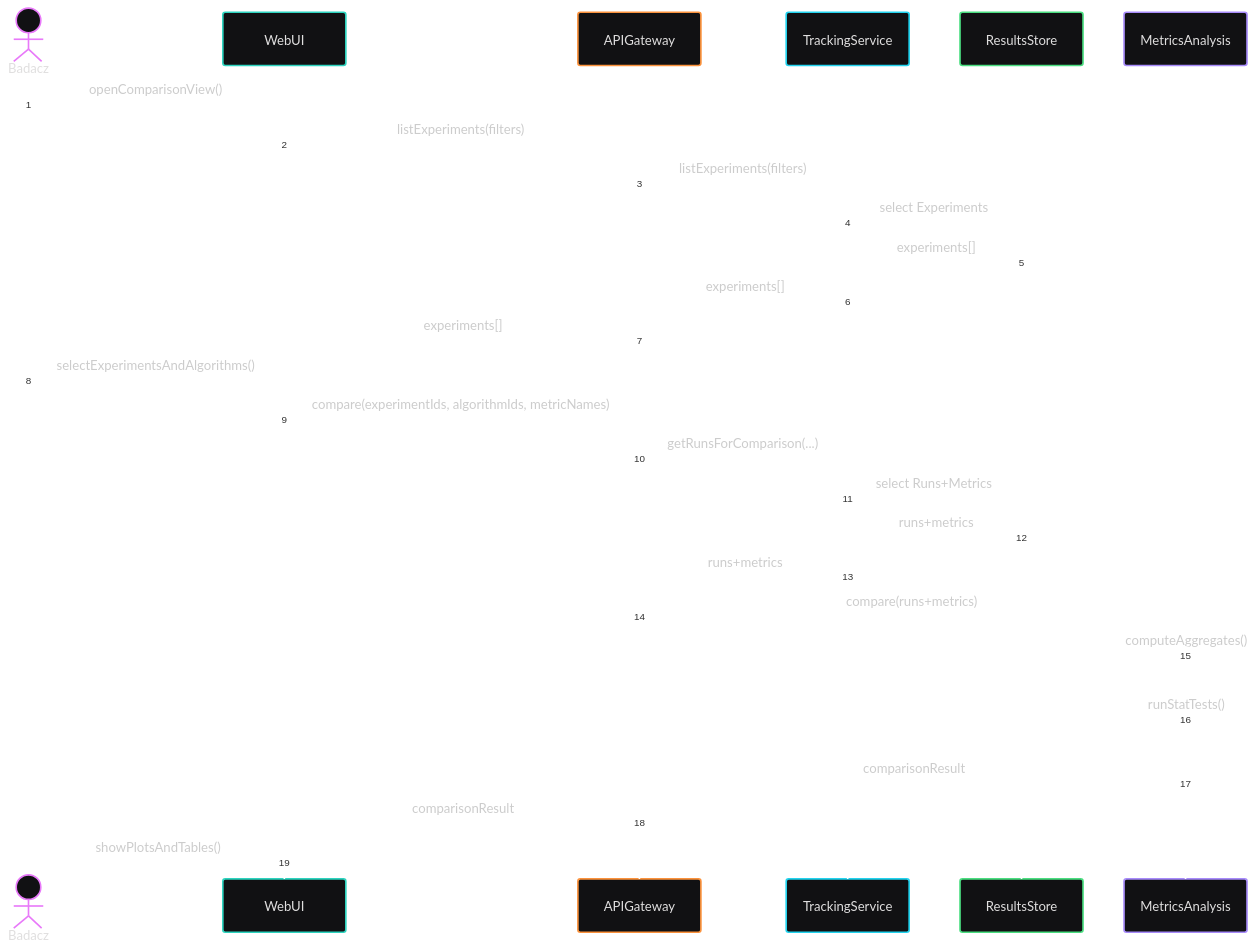
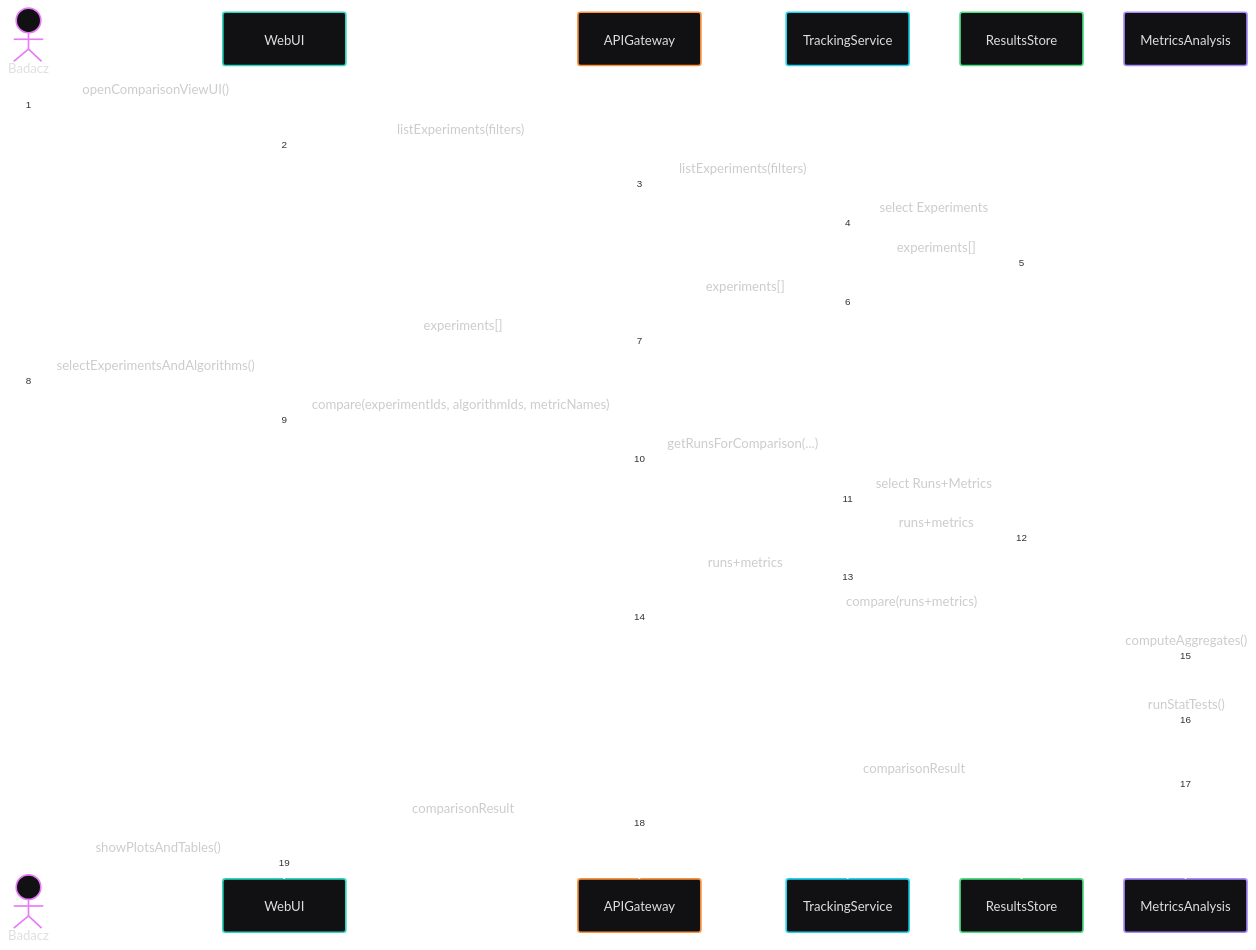
Diagram 16 of 34 in docs/system_c4_architecture.md (jedrzejpolaczek/aviarium.corvidae.corvus_corone), drawn with Mermaid before and after one commit. The commit also changed other lines of this file, not shown here.

````diff
--- a/docs/system_c4_architecture.md
+++ b/docs/system_c4_architecture.md
@@ -1517,33 +1386,33 @@
 ```mermaid
 ---
 config:
   theme: redux-dark-color
 ---
 sequenceDiagram
     autonumber
     actor User as Badacz
     participant UI as WebUI
     participant API as APIGateway
     participant TRK as TrackingService
     participant DB as ResultsStore
     participant ANAL as MetricsAnalysis
-    User->>UI: openComparisonView()
+    User->>UI: openComparisonViewUI()
     UI->>API: listExperiments(filters)
     API->>TRK: listExperiments(filters)
     TRK->>DB: select Experiments
     DB-->>TRK: experiments[]
     TRK-->>API: experiments[]
     API-->>UI: experiments[]
     User->>UI: selectExperimentsAndAlgorithms()
     UI->>API: compare(experimentIds, algorithmIds, metricNames)
     API->>TRK: getRunsForComparison(...)
     TRK->>DB: select Runs+Metrics
     DB-->>TRK: runs+metrics
     TRK-->>API: runs+metrics
     API->>ANAL: compare(runs+metrics)
     ANAL->>ANAL: computeAggregates()
     ANAL->>ANAL: runStatTests()
     ANAL-->>API: comparisonResult
     API-->>UI: comparisonResult
     UI-->>User: showPlotsAndTables()
 ```
````
